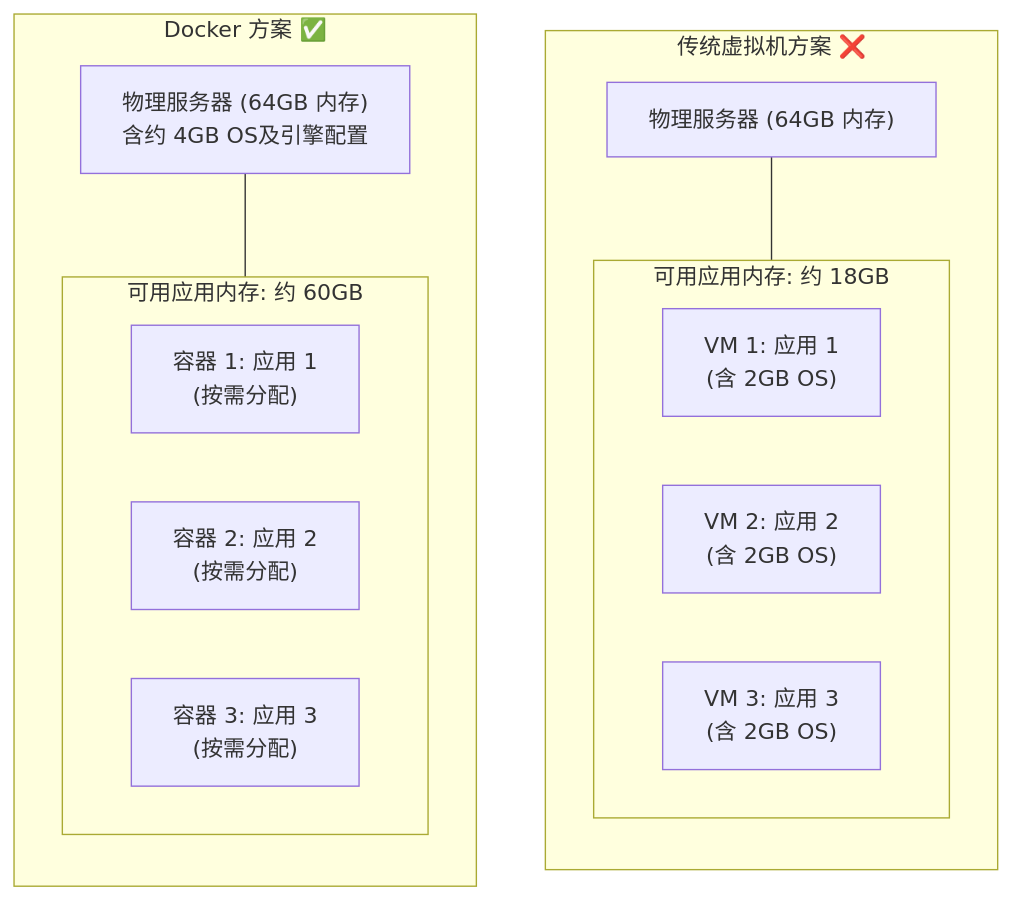
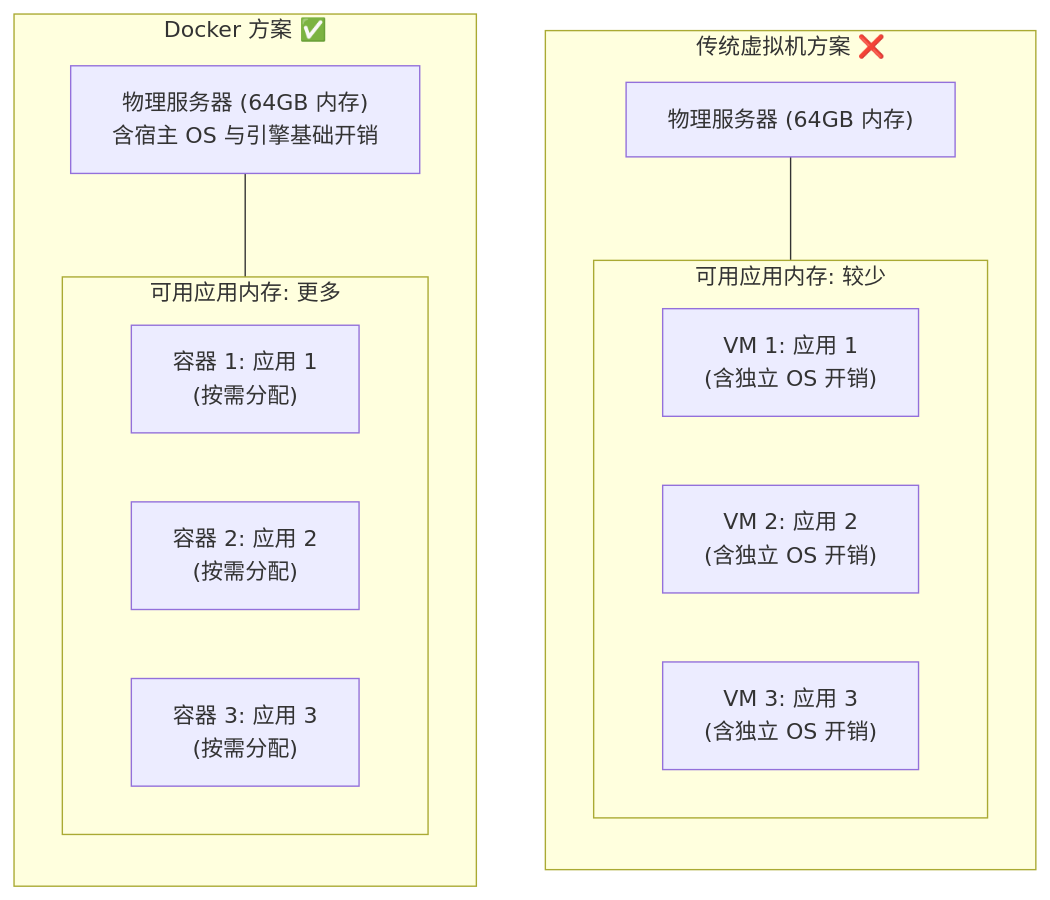
One commit to yeasy/docker_practice changed the second of 4 diagrams in 01_introduction/1.3_why.md. Above: the diagram before and after it, drawn with Mermaid. The commit also changed other lines of this file and 3 other files, not shown here.

````diff
--- a/01_introduction/1.3_why.md
+++ b/01_introduction/1.3_why.md
@@ -107,26 +105,26 @@
 ```mermaid
 flowchart TD
     subgraph VM ["传统虚拟机方案 ❌"]
         direction TB
         Server1["物理服务器 (64GB 内存)"]
-        subgraph VMs ["可用应用内存: 约 18GB"]
+        subgraph VMs ["可用应用内存: 较少"]
             direction LR
-            VM1["VM 1: 应用 1<br/>(含 2GB OS)"]
-            VM2["VM 2: 应用 2<br/>(含 2GB OS)"]
-            VM3["VM 3: 应用 3<br/>(含 2GB OS)"]
+            VM1["VM 1: 应用 1<br/>(含独立 OS 开销)"]
+            VM2["VM 2: 应用 2<br/>(含独立 OS 开销)"]
+            VM3["VM 3: 应用 3<br/>(含独立 OS 开销)"]
         end
         Server1 --- VMs
     end
 
     subgraph Docker ["Docker 方案 ✅"]
         direction TB
-        Server2["物理服务器 (64GB 内存)<br/>含约 4GB OS及引擎配置"]
-        subgraph Containers ["可用应用内存: 约 60GB"]
+        Server2["物理服务器 (64GB 内存)<br/>含宿主 OS 与引擎基础开销"]
+        subgraph Containers ["可用应用内存: 更多"]
             direction LR
             C1["容器 1: 应用 1<br/>(按需分配)"]
             C2["容器 2: 应用 2<br/>(按需分配)"]
             C3["容器 3: 应用 3<br/>(按需分配)"]
         end
         Server2 --- Containers
     end
 ```
````
